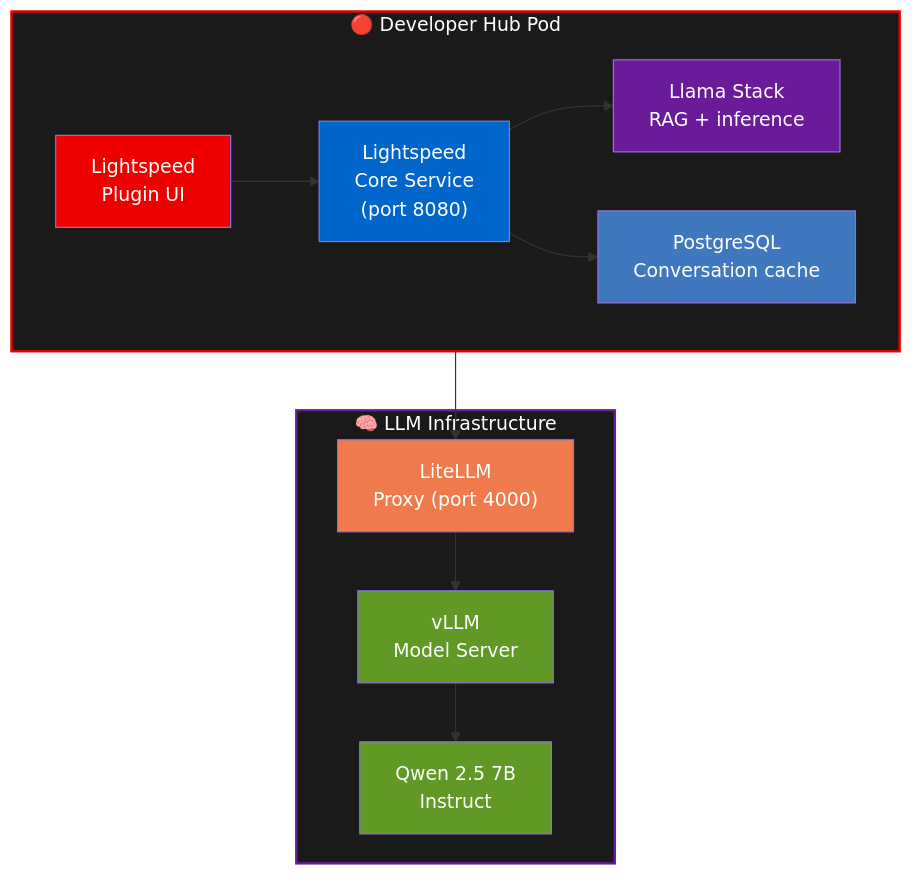
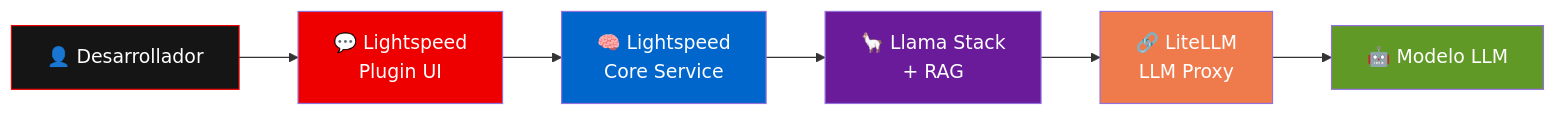
Before and after one commit to maximilianoPizarro/from-3scale-to-connectivity-link: the first of 2 diagrams in docs/09-lightspeed-notifications.md, drawn with Mermaid. The commit also changed other lines of this file and 21 other files, not shown here.

````diff
--- a/docs/09-lightspeed-notifications.md
+++ b/docs/09-lightspeed-notifications.md
@@ -15,33 +44,15 @@
 ```mermaid
-graph TB
-    subgraph RHDH ["🔴 Developer Hub Pod"]
-        direction LR
-        UI["Lightspeed<br/>Plugin UI"]
-        CORE["Lightspeed<br/>Core Service<br/>(port 8080)"]
-        LLAMA["Llama Stack<br/>RAG + inference"]
-        PG["PostgreSQL<br/>Conversation cache"]
-    end
+graph LR
+    DEV["👤 Desarrollador"] --> LS["💬 Lightspeed<br/>Plugin UI"]
+    LS --> LCS["🧠 Lightspeed<br/>Core Service"]
+    LCS --> LLAMA["🦙 Llama Stack<br/>+ RAG"]
+    LLAMA --> LITELLM["🔗 LiteLLM<br/>LLM Proxy"]
+    LITELLM --> MODEL["🤖 Modelo LLM"]
 
-    subgraph LLM_INFRA ["🧠 LLM Infrastructure"]
-        LITELLM["LiteLLM<br/>Proxy (port 4000)"]
-        VLLM["vLLM<br/>Model Server"]
-        MODEL["Qwen 2.5 7B<br/>Instruct"]
-    end
-
-    UI --> CORE
-    CORE --> LLAMA
-    CORE --> PG
-    LLAMA --> LITELLM
-    LITELLM --> VLLM
-    VLLM --> MODEL
-
-    style RHDH fill:#1a1a1a,color:#fff,stroke:#EE0000,stroke-width:2px
-    style LLM_INFRA fill:#1a1a1a,color:#fff,stroke:#6a1b9a,stroke-width:2px
-    style UI fill:#EE0000,color:#fff
-    style CORE fill:#0066CC,color:#fff
+    style DEV fill:#151515,color:#fff,stroke:#EE0000
+    style LS fill:#EE0000,color:#fff
+    style LCS fill:#0066CC,color:#fff
     style LLAMA fill:#6a1b9a,color:#fff
-    style PG fill:#4078c0,color:#fff
     style LITELLM fill:#ef7b4d,color:#fff
-    style VLLM fill:#609926,color:#fff
     style MODEL fill:#609926,color:#fff
 ```
````
